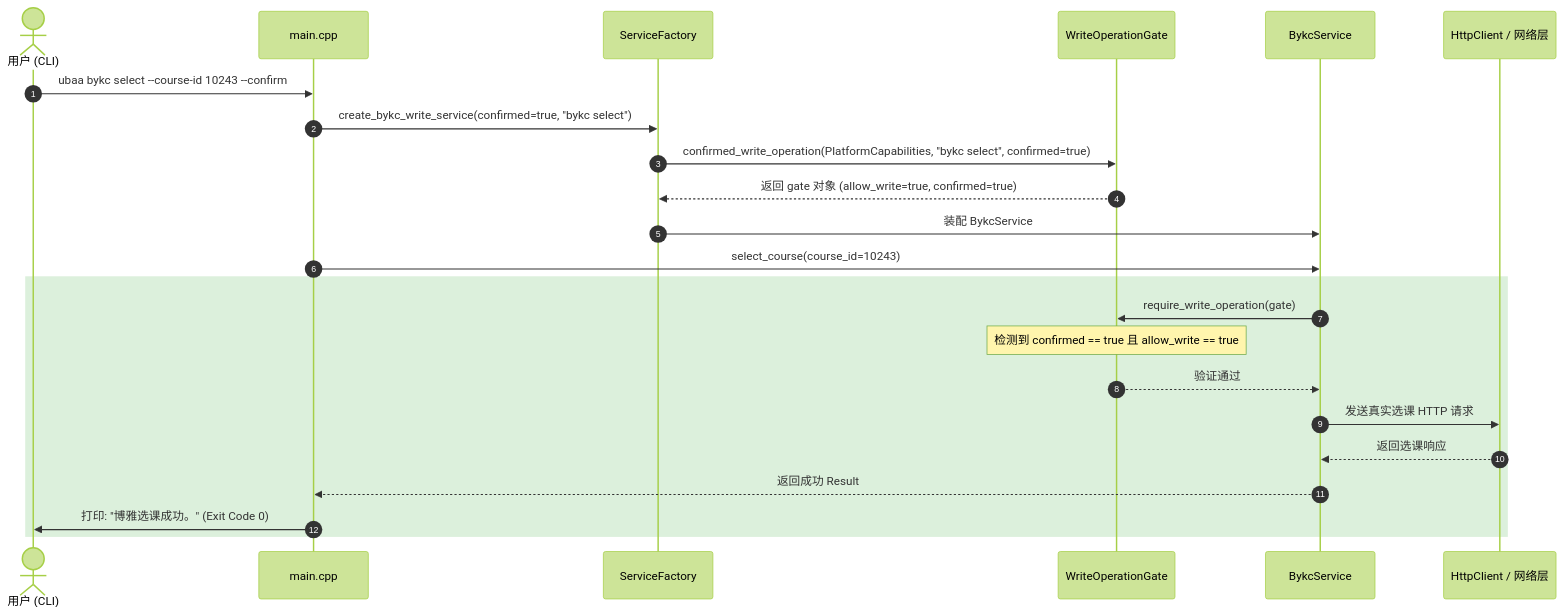
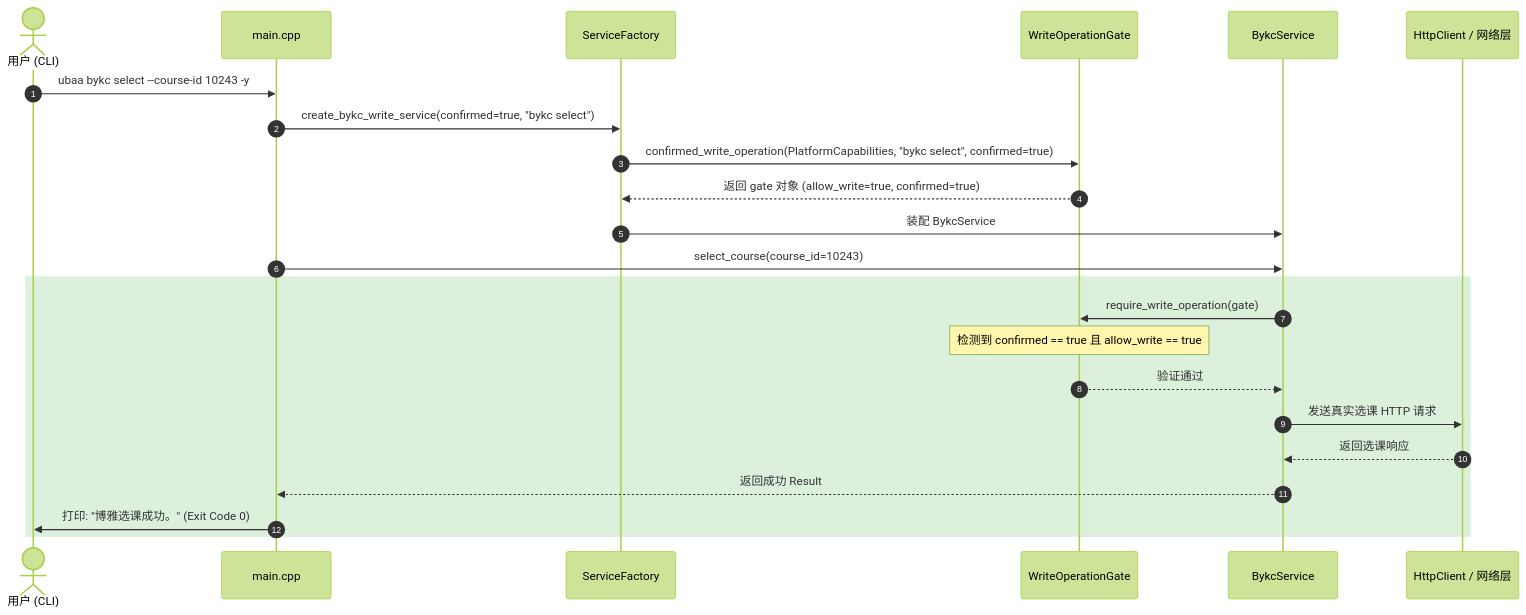
One commit to Dominic485649/UBAANext changed the third of 3 diagrams in docs/apps/windows-cli.md. Above: the diagram before and after it, drawn with Mermaid (forest theme). The commit also changed other lines of this file and 18 other files, not shown here.

````diff
--- a/docs/apps/windows-cli.md
+++ b/docs/apps/windows-cli.md
@@ -234,27 +274,27 @@
 ```mermaid
 sequenceDiagram
     autonumber
     actor User as 用户 (CLI)
     participant CLI as main.cpp
     participant SF as ServiceFactory
     participant Gate as WriteOperationGate
     participant BS as BykcService
     participant Net as HttpClient / 网络层
     
-    User->>CLI: ubaa bykc select --course-id 10243 --confirm
+    User->>CLI: ubaa bykc select --course-id 10243 -y
     CLI->>SF: create_bykc_write_service(confirmed=true, "bykc select")
     SF->>Gate: confirmed_write_operation(PlatformCapabilities, "bykc select", confirmed=true)
     Gate-->>SF: 返回 gate 对象 (allow_write=true, confirmed=true)
     SF->>BS: 装配 BykcService
     CLI->>BS: select_course(course_id=10243)
     
     rect rgb(220, 240, 220)
         BS->>Gate: require_write_operation(gate)
         Note over Gate: 检测到 confirmed == true 且 allow_write == true
         Gate-->>BS: 验证通过
         BS->>Net: 发送真实选课 HTTP 请求
         Net-->>BS: 返回选课响应
         BS-->>CLI: 返回成功 Result
         CLI->>User: 打印: "博雅选课成功。" (Exit Code 0)
     end
 ```
````
